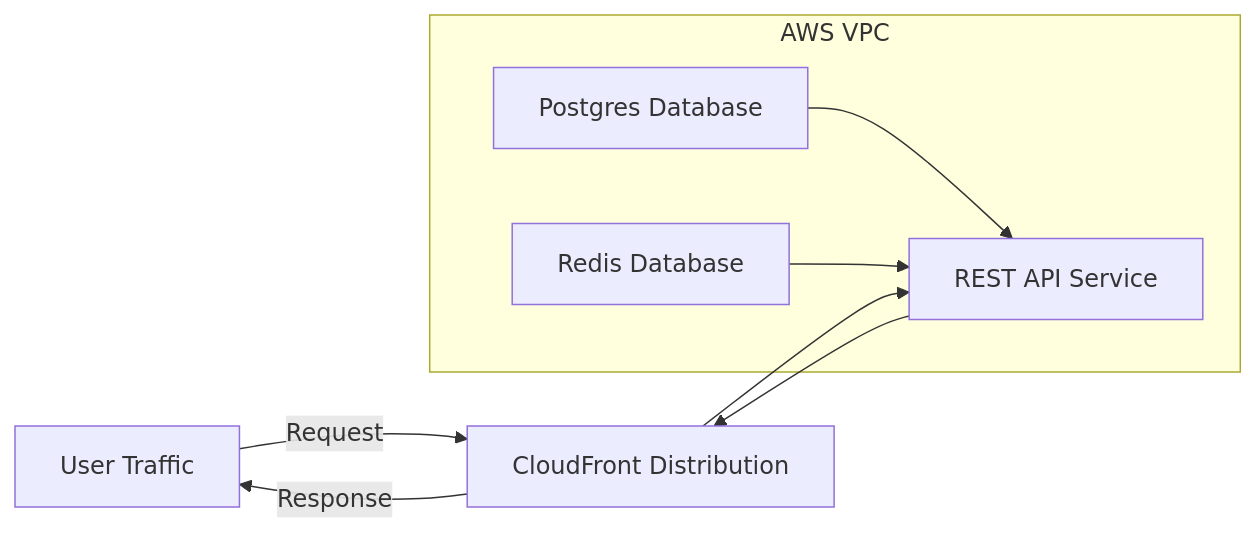
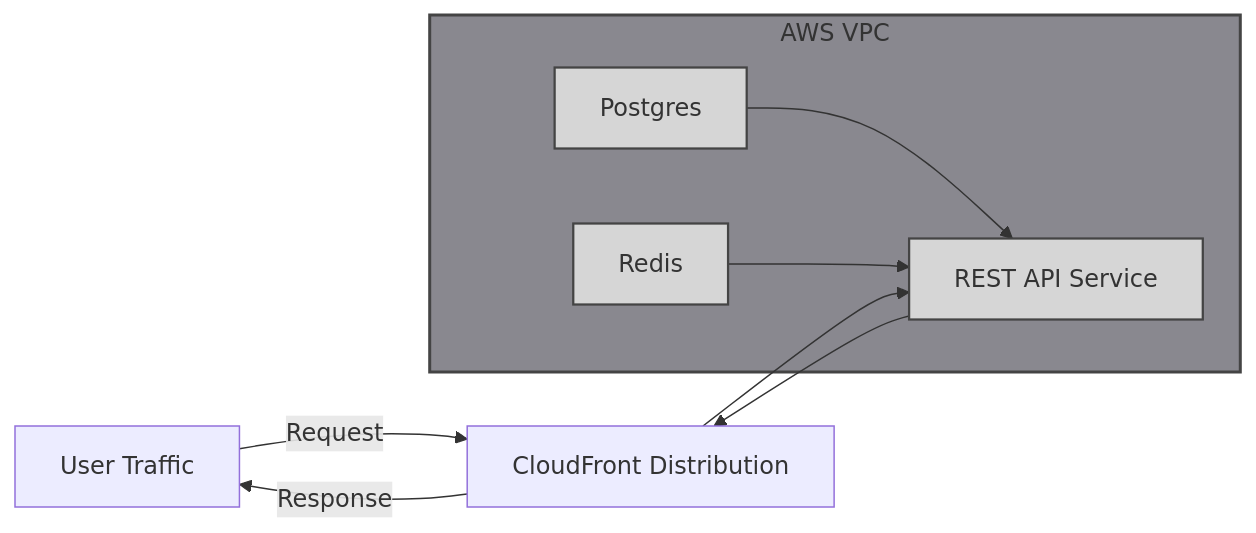
One commit to jyablonski/doqs changed the diagram in src/content/docs/services/rest_api.md. Above: the diagram before and after it, drawn with Mermaid. The commit also changed other lines of this file and 11 other files, not shown here.

````diff
--- a/src/content/docs/services/rest_api.md
+++ b/src/content/docs/services/rest_api.md
@@ -12,16 +12,22 @@
 ``` mermaid
 graph LR
-    UserFacing[User Traffic] -->|Request| CF[CloudFront Distribution] --> API[REST API Service]
+    User[User Traffic] -->|Request| CF[CloudFront Distribution]
+    CF --> API[REST API Service]
     API --> CF
-    CF -->|Response| UserFacing
+    CF -->|Response| User
 
-    subgraph VPC[AWS VPC]
-        DB[Postgres Database]
-        Redis[Redis Database]
+    subgraph AWS_VPC[AWS VPC]
+        DB[Postgres]
+        Redis[Redis]
         API
     end
 
     DB --> API
     Redis --> API
 
+    style AWS_VPC fill:#89888f,stroke:#444444,stroke-width:2px
+    style API fill:#d6d6d6,stroke:#444444,stroke-width:1.5px
+    style DB fill:#d6d6d6,stroke:#444444,stroke-width:1.5px
+    style Redis fill:#d6d6d6,stroke:#444444,stroke-width:1.5px
+
 ```
````
